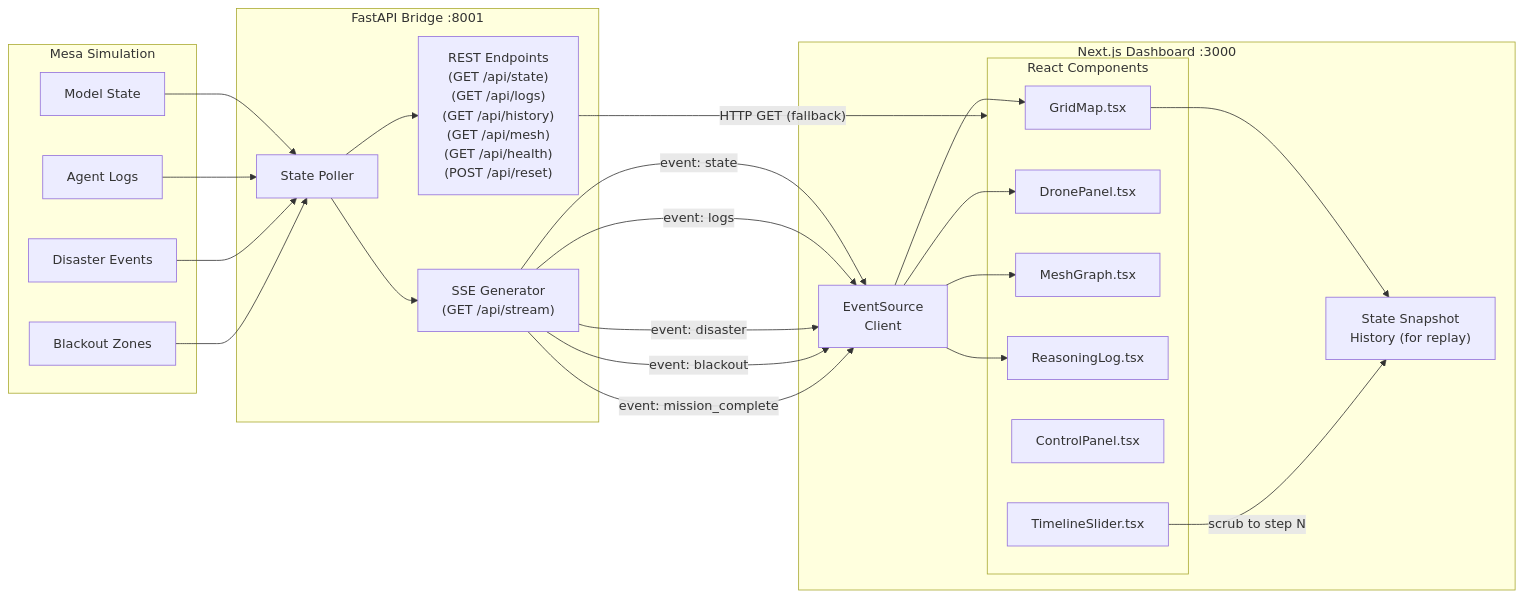
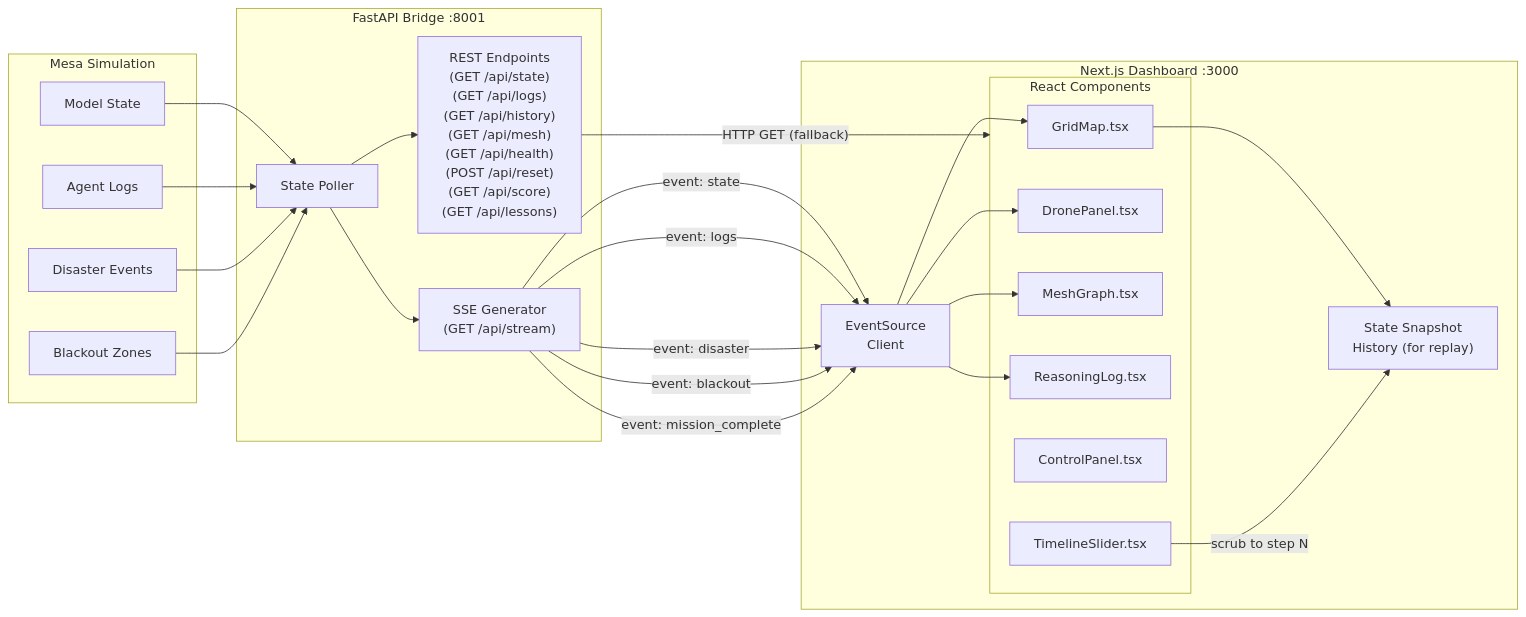
The eighth of 11 diagrams in architecture.md (Andersonnn7788/drone-agents), drawn with Mermaid before and after one commit. The commit also changed other lines of this file and 27 other files, not shown here.

````diff
--- a/architecture.md
+++ b/architecture.md
@@ -308,52 +309,52 @@
 ```mermaid
 flowchart LR
     subgraph Mesa["Mesa Simulation"]
         MS[Model State]
         AL[Agent Logs]
         DE[Disaster Events]
         BZ[Blackout Zones]
     end
 
     subgraph Bridge["FastAPI Bridge :8001"]
         POLL["State Poller"]
         SSE_GEN["SSE Generator<br>(GET /api/stream)"]
-        REST_EP["REST Endpoints<br>(GET /api/state)<br>(GET /api/logs)<br>(GET /api/history)<br>(GET /api/mesh)<br>(GET /api/health)<br>(POST /api/reset)"]
+        REST_EP["REST Endpoints<br>(GET /api/state)<br>(GET /api/logs)<br>(GET /api/history)<br>(GET /api/mesh)<br>(GET /api/health)<br>(POST /api/reset)<br>(GET /api/score)<br>(GET /api/lessons)"]
     end
 
     subgraph Dashboard["Next.js Dashboard :3000"]
         EVS["EventSource<br>Client"]
         subgraph Components["React Components"]
             GM[GridMap.tsx]
             DP[DronePanel.tsx]
             MG[MeshGraph.tsx]
             RL[ReasoningLog.tsx]
             CP[ControlPanel.tsx]
             TS[TimelineSlider.tsx]
         end
         SNAP["State Snapshot<br>History (for replay)"]
     end
 
     MS --> POLL
     AL --> POLL
     DE --> POLL
     BZ --> POLL
 
     POLL --> SSE_GEN
     POLL --> REST_EP
 
     SSE_GEN -->|"event: state"| EVS
     SSE_GEN -->|"event: logs"| EVS
     SSE_GEN -->|"event: disaster"| EVS
     SSE_GEN -->|"event: blackout"| EVS
     SSE_GEN -->|"event: mission_complete"| EVS
 
     REST_EP -->|"HTTP GET (fallback)"| Components
 
     EVS --> GM
     EVS --> DP
     EVS --> MG
     EVS --> RL
 
     GM --> SNAP
     TS -->|"scrub to step N"| SNAP
 ```
````
